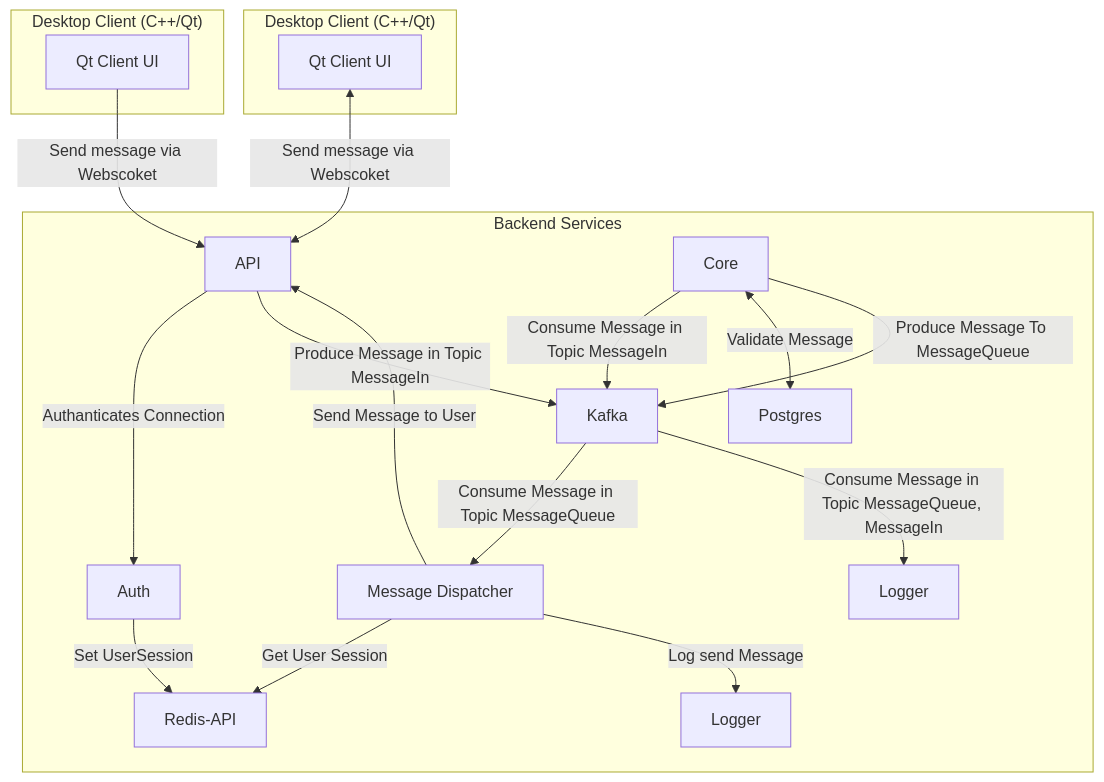
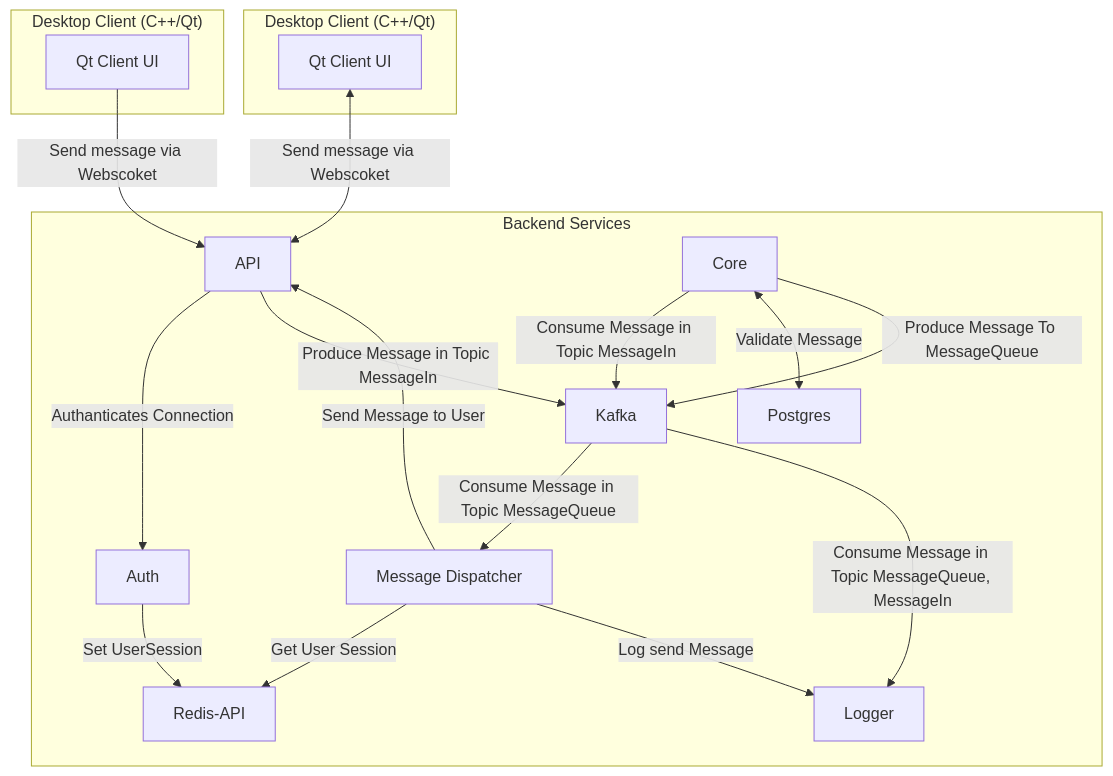
Before and after one commit to DeanPrangenberg/Ventra-Messenger-Backend: the diagram in Backend/BackendPlan.md, drawn with Mermaid.

````diff
--- a/Backend/BackendPlan.md
+++ b/Backend/BackendPlan.md
@@ -3,39 +3,39 @@
 ```mermaid
   graph TD
     subgraph Client-1["Desktop Client (C++/Qt)"]
         UI1[Qt Client UI]
     end
 
     subgraph Client-2["Desktop Client (C++/Qt)"]
         UI2[Qt Client UI]
     end
     
     UI1 --> |Send message via Webscoket|API[API]
     UI2 <--> |Send message via Webscoket|API[API]
     
     subgraph Backend["Backend Services"]
         API[API]
         KAFKA[Kafka]
         REDIS-API[Redis-API]
         LOGGER[Logger]
         CORE[Core]
         AUTH[Auth]
         MD[Message Dispatcher]
         POSTGRES[Postgres]
 
         API --> |Authanticates Connection| AUTH
         AUTH --> |Set UserSession| REDIS-API
         API --> |Produce Message in Topic MessageIn| KAFKA
 
         CORE --> |Consume Message in Topic MessageIn| KAFKA
         CORE <--> |Validate Message| POSTGRES
         CORE --> |Produce Message To MessageQueue| KAFKA
 
         KAFKA --> |Consume Message in Topic MessageQueue| MD
         MD --> |Get User Session| REDIS-API
         MD --> |Log send Message| LOGGER
         MD --> |Send Message to User| API
 
-        KAFKA --> |Consume Message in Topic MessageQueue, MessageIn| Logger
+        KAFKA --> |Consume Message in Topic MessageQueue, MessageIn| LOGGER
     end
 ```
````
